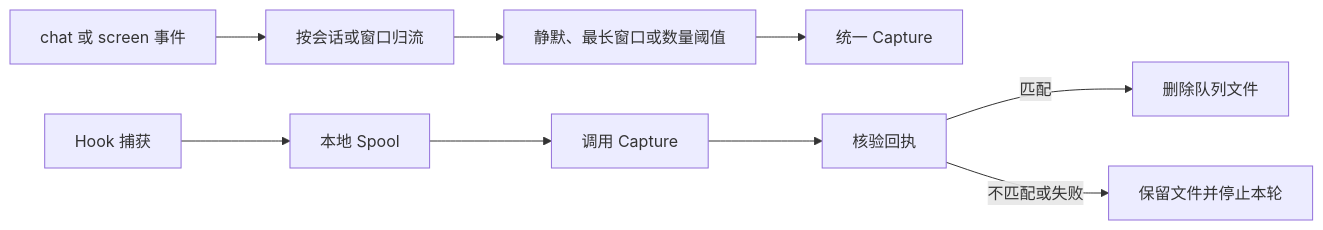
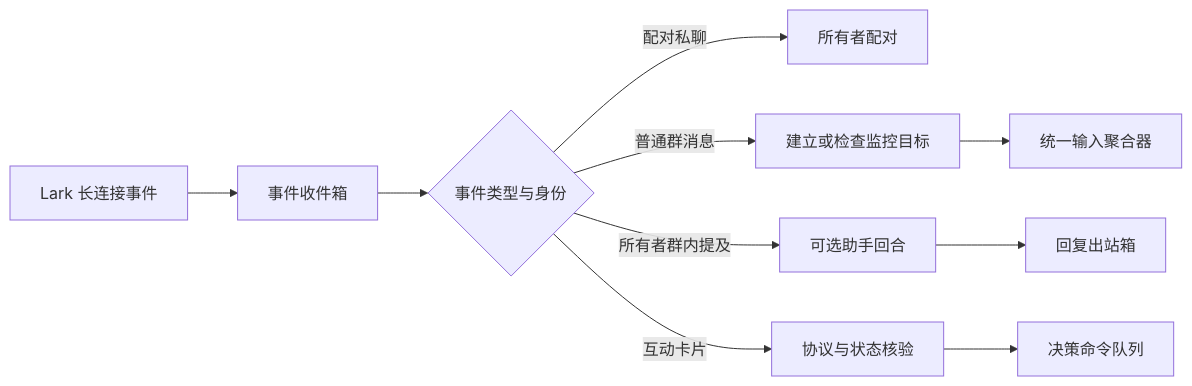
The diagram in .repo-review/knowledge/articles/4cd44e7a1651788a5722bb27cbe318c7f8092c4ee060e8d3811806c3065085c6.md (lejunyang/omem), drawn with Mermaid before and after one commit. The commit also changed other lines of this file and 234 other files, not shown here.

````diff
--- a/.repo-review/knowledge/articles/4cd44e7a1651788a5722bb27cbe318c7f8092c4ee060e8d3811806c3065085c6.md
+++ b/.repo-review/knowledge/articles/4cd44e7a1651788a5722bb27cbe318c7f8092c4ee060e8d3811806c3065085c6.md
@@ -17,11 +28,12 @@
 ```mermaid
 flowchart LR
-  A[chat 或 screen 事件] --> B[按会话或窗口归流]
-  B --> C[静默、最长窗口或数量阈值]
-  C --> D[统一 Capture]
-  H[Hook 捕获] --> S[本地 Spool]
-  S --> E[调用 Capture]
-  E --> R[核验回执]
-  R -->|匹配| X[删除队列文件]
-  R -->|不匹配或失败| K[保留文件并停止本轮]
+  A[Lark 长连接事件] --> B[事件收件箱]
+  B --> C{事件类型与身份}
+  C -->|配对私聊| D[所有者配对]
+  C -->|普通群消息| E[建立或检查监控目标]
+  E --> F[统一输入聚合器]
+  C -->|所有者群内提及| G[可选助手回合]
+  C -->|互动卡片| H[协议与状态核验]
+  G --> I[回复出站箱]
+  H --> J[决策命令队列]
 ```
````
